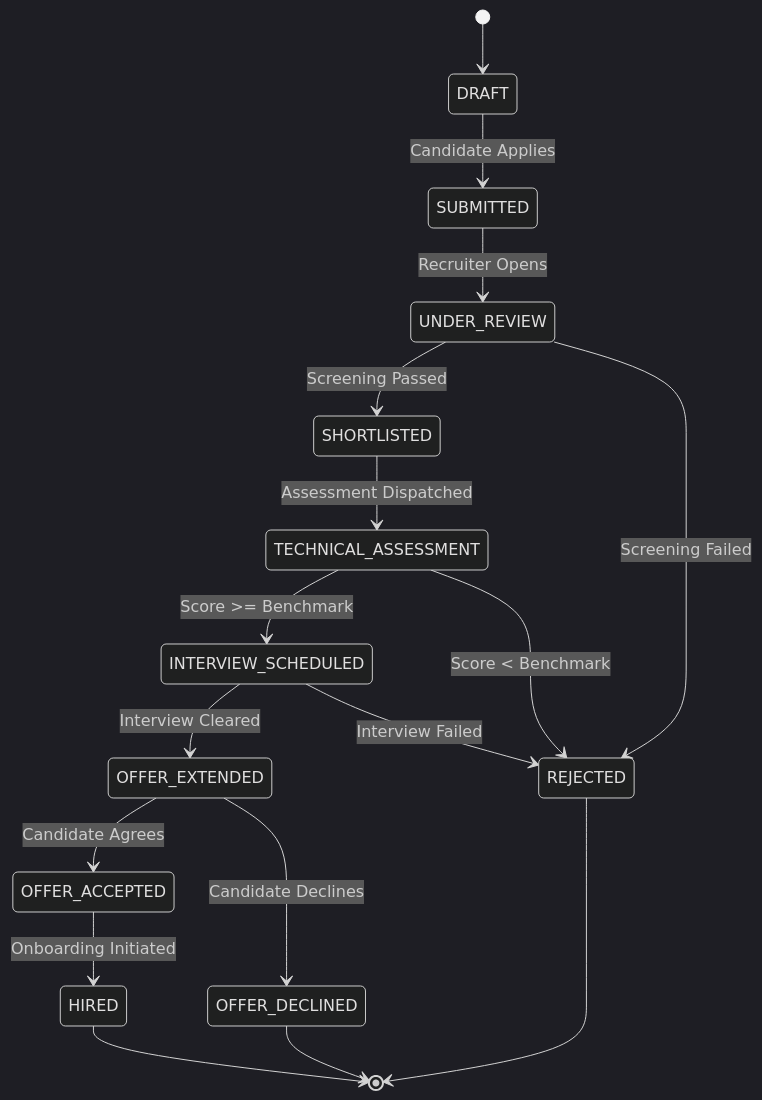
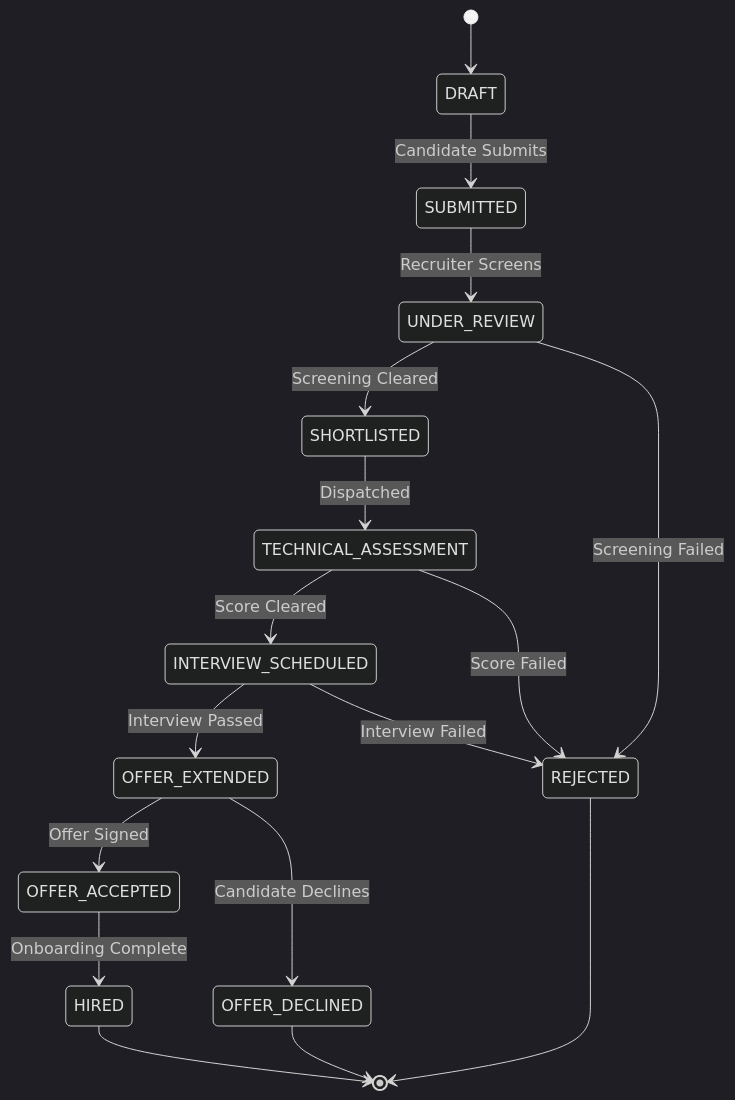
One commit to Lathmoksh/Talencia_documentary changed the diagram in e/3_output_document.md. Above: the diagram before and after it, drawn with Mermaid (dark theme). The commit also changed other lines of this file and 24 other files, not shown here.

````diff
--- a/e/3_output_document.md
+++ b/e/3_output_document.md
@@ -126,19 +182,19 @@
 ```mermaid
 stateDiagram-v2
     [*] --> DRAFT
-    DRAFT --> SUBMITTED : Candidate Applies
-    SUBMITTED --> UNDER_REVIEW : Recruiter Opens
-    UNDER_REVIEW --> SHORTLISTED : Screening Passed
+    DRAFT --> SUBMITTED : Candidate Submits
+    SUBMITTED --> UNDER_REVIEW : Recruiter Screens
+    UNDER_REVIEW --> SHORTLISTED : Screening Cleared
     UNDER_REVIEW --> REJECTED : Screening Failed
-    SHORTLISTED --> TECHNICAL_ASSESSMENT : Assessment Dispatched
-    TECHNICAL_ASSESSMENT --> INTERVIEW_SCHEDULED : Score >= Benchmark
-    TECHNICAL_ASSESSMENT --> REJECTED : Score < Benchmark
-    INTERVIEW_SCHEDULED --> OFFER_EXTENDED : Interview Cleared
+    SHORTLISTED --> TECHNICAL_ASSESSMENT : Dispatched
+    TECHNICAL_ASSESSMENT --> INTERVIEW_SCHEDULED : Score Cleared
+    TECHNICAL_ASSESSMENT --> REJECTED : Score Failed
+    INTERVIEW_SCHEDULED --> OFFER_EXTENDED : Interview Passed
     INTERVIEW_SCHEDULED --> REJECTED : Interview Failed
-    OFFER_EXTENDED --> OFFER_ACCEPTED : Candidate Agrees
+    OFFER_EXTENDED --> OFFER_ACCEPTED : Offer Signed
     OFFER_EXTENDED --> OFFER_DECLINED : Candidate Declines
-    OFFER_ACCEPTED --> HIRED : Onboarding Initiated
+    OFFER_ACCEPTED --> HIRED : Onboarding Complete
     HIRED --> [*]
     REJECTED --> [*]
     OFFER_DECLINED --> [*]
 ```
````
